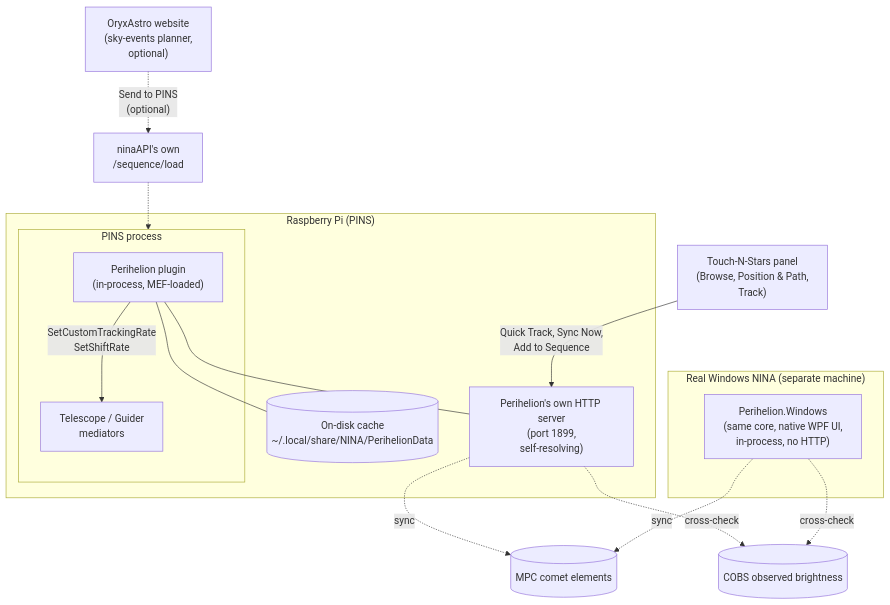
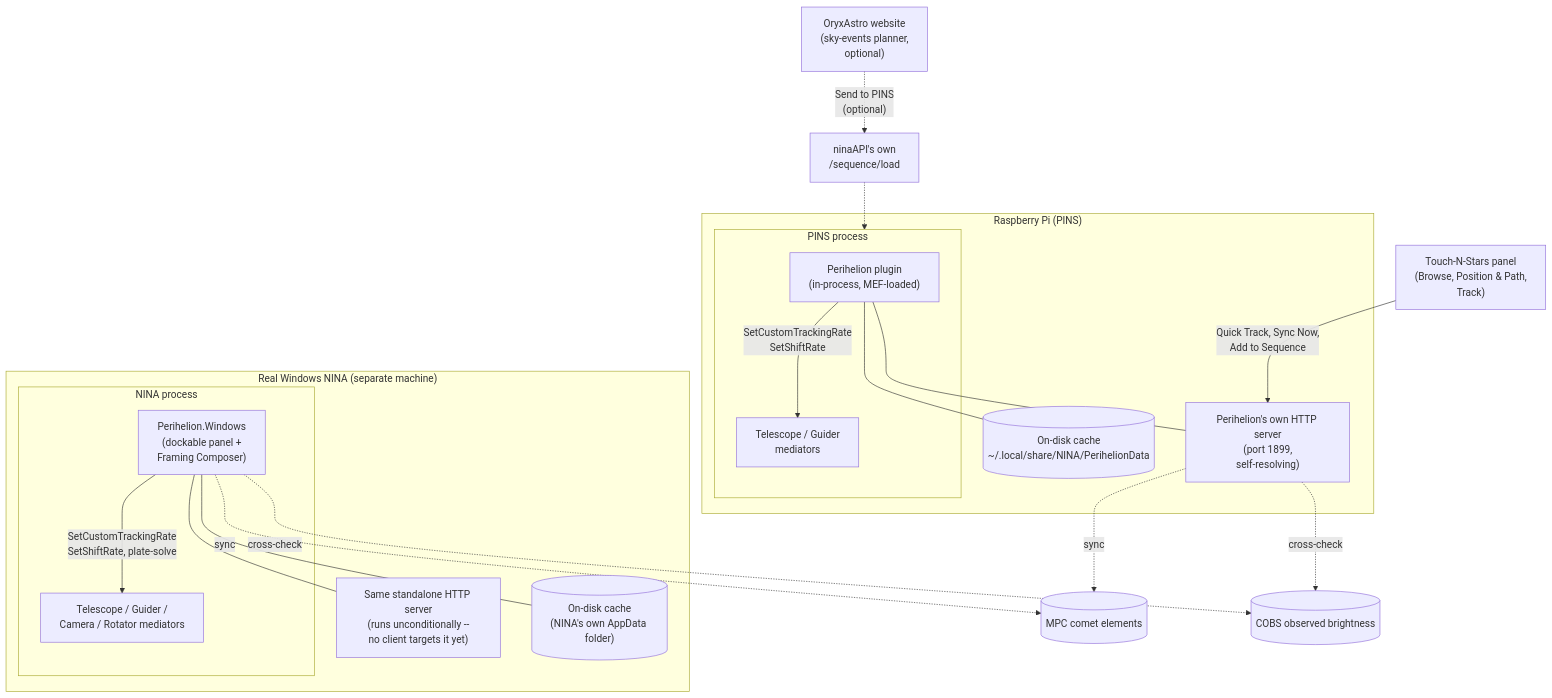
One commit to OryxAstro/perihelion changed the diagram in README.md. Above: the diagram before and after it, drawn with Mermaid.

Commit message:
Fix the architecture diagram -- Windows build does run the HTTP server
The diagram claimed Perihelion.Windows runs "in-process, no HTTP" --
wrong as of tonight's own investigation: PerihelionPlugin.cs is one
shared file compiled into both platforms, and it constructs and starts
the standalone API server unconditionally, no platform check anywhere.
Corrected to show the same server existing on the Windows side too
(currently unused by any client, pending the isPins gate discussion
with the Touch-N-Stars maintainer), plus the same mediator/cache
structure already shown for PINS, for an accurate side-by-side.

Validated with the real mermaid-cli (not just visual inspection) --
renders cleanly with no syntax errors.

````diff
--- a/README.md
+++ b/README.md
@@ -70,33 +70,41 @@
 ```mermaid
 flowchart TB
     subgraph pi["Raspberry Pi (PINS)"]
         subgraph nina["PINS process"]
             plugin["Perihelion plugin<br/>(in-process, MEF-loaded)"]
             mediator["Telescope / Guider<br/>mediators"]
             plugin -->|SetCustomTrackingRate<br/>SetShiftRate| mediator
         end
         api["Perihelion's own HTTP server<br/>(port 1899,<br/>self-resolving)"]
         cache[("On-disk cache<br/>~/.local/share/NINA/PerihelionData")]
         plugin --- api
         plugin --- cache
     end
 
     tns["Touch-N-Stars panel<br/>(Browse, Position & Path,<br/>Track)"]
     tns -->|Quick Track, Sync Now,<br/>Add to Sequence| api
 
     subgraph win["Real Windows NINA (separate machine)"]
-        winplugin["Perihelion.Windows<br/>(same core, native WPF UI,<br/>in-process, no HTTP)"]
+        subgraph winproc["NINA process"]
+            winplugin["Perihelion.Windows<br/>(dockable panel +<br/>Framing Composer)"]
+            winmediator["Telescope / Guider /<br/>Camera / Rotator mediators"]
+            winplugin -->|SetCustomTrackingRate<br/>SetShiftRate, plate-solve| winmediator
+        end
+        winapi["Same standalone HTTP server<br/>(runs unconditionally --<br/>no client targets it yet)"]
+        wincache[("On-disk cache<br/>(NINA's own AppData folder)")]
+        winplugin --- winapi
+        winplugin --- wincache
     end
 
     mpc[("MPC comet elements")]
     cobs[("COBS observed brightness")]
     api -.sync.-> mpc
     api -.cross-check.-> cobs
     winplugin -.sync.-> mpc
     winplugin -.cross-check.-> cobs
 
     website["OryxAstro website<br/>(sky-events planner,<br/>optional)"]
     ninaapi["ninaAPI's own<br/>/sequence/load"]
     website -.->|"Send to PINS<br/>(optional)"| ninaapi
     ninaapi -.-> nina
 ```
````
